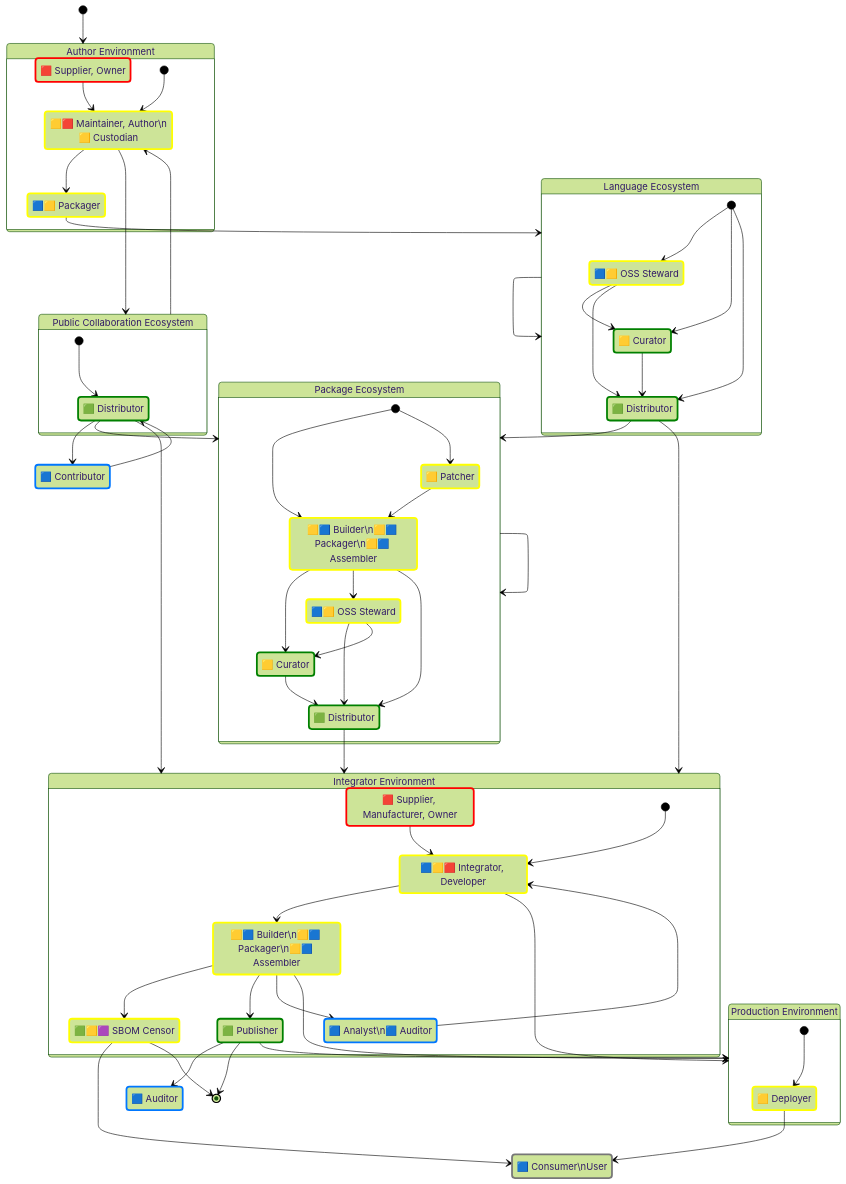
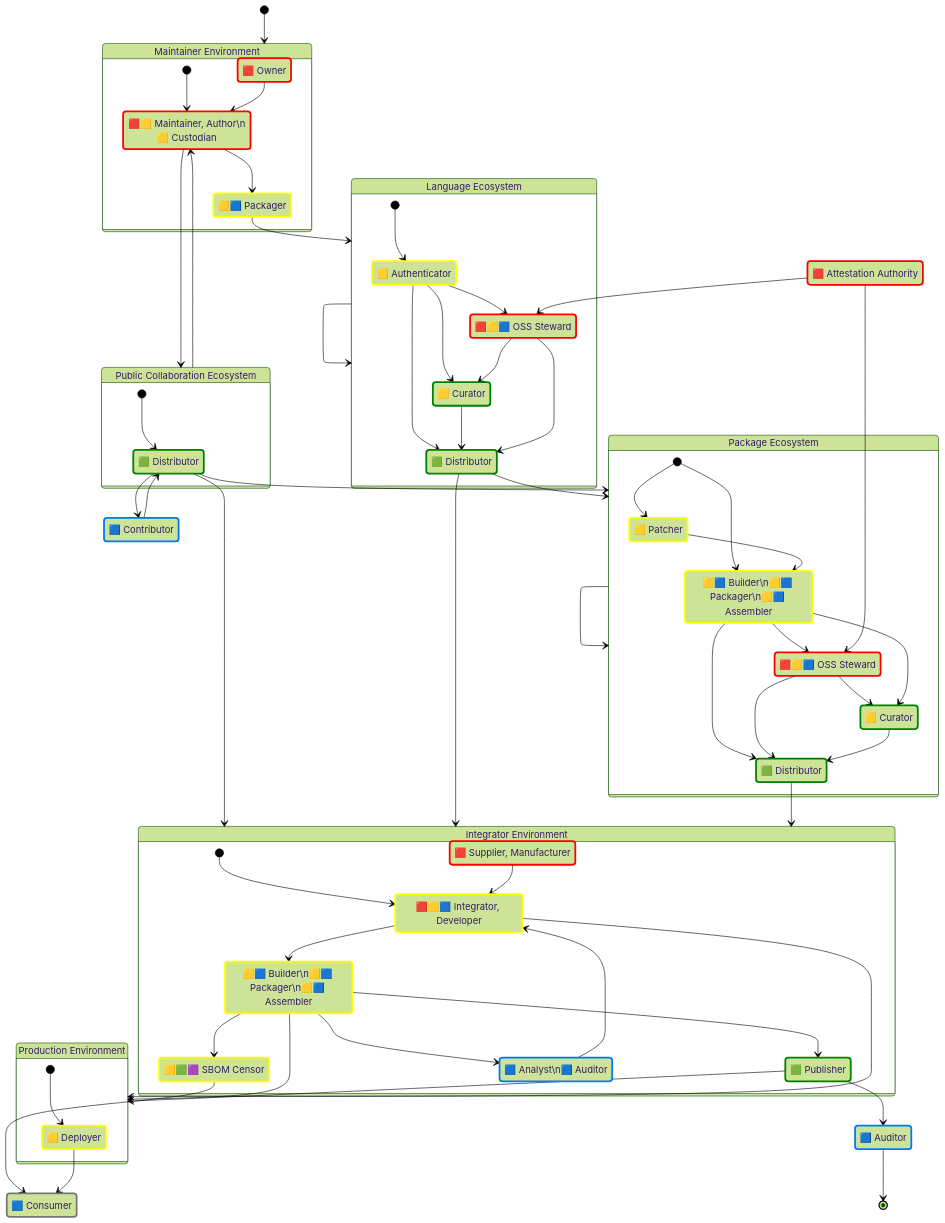
Before and after one commit to CPAN-Security/security.metacpan.org: the third of 3 diagrams in docs/supplychain-sbom.md, drawn with Mermaid (forest theme). The commit also changed other lines of this file, not shown here.

Commit message:
Update & cleanup of big graph with new fields
- Attestation Authority
- Language Ecosystem Authenticator
- Better location for OSS Steward
- Cleanup in end states

```diff
--- a/docs/supplychain-sbom.md
+++ b/docs/supplychain-sbom.md
@@ -157,32 +157,43 @@
     %%accDescr: This graph illustrates how different types of development environments and ecosystems interconnect, what kind of roles you may find in these, and what type of metadata operations they may care to do
 
     %%
-    %%state "🟦 Importer" as author_importer
-    state "🟥 Supplier, Owner" as author_owner
-    state "🟨🟥 Maintainer, Author\n🟨 Custodian" as author_maintainer
-    state "🟩 Distributor" as repository_distributor
+    %%state "🟦 Importer" as maintainer_importer
+    state "🟥 Owner" as maintainer_owner
+    state "🟥🟨 Maintainer, Author\n🟨 Custodian" as maintainer_author
+    state "🟨🟦 Packager" as language_packager
+
+    %%
+    state "🟥 Attestation Authority" as authority_attester
+
     %%state "🟦 Importer" as language_importer
-    state "🟦🟨 Packager" as language_packager
-    state "🟦🟨 OSS Steward" as language_steward
+    state "🟨 Authenticator" as language_authenticator
+    state "🟥🟨🟦 OSS Steward" as language_steward
     state "🟨 Curator" as language_curator
     state "🟩 Distributor" as language_distributor
+
+    %%
+    state "🟩 Distributor" as repository_distributor
     state "🟦 Contributor" as external_contributor
+
     %%state "🟦 Importer" as package_importer
     state "🟨 Patcher" as package_patcher
     state "🟨🟦 Builder\n🟨🟦 Packager\n🟨🟦 Assembler" as package_packager
-    state "🟦🟨 OSS Steward" as package_steward
+    state "🟥🟨🟦 OSS Steward" as package_steward
     state "🟨 Curator" as package_curator
     state "🟩 Distributor" as package_distributor
+
     %%state "🟦 Importer" as integrator_importer
-    state "🟥 Supplier, Manufacturer, Owner" as integrator_owner
-    state "🟦🟨🟥 Integrator, Developer" as integrator_developer
-    state "🟩🟨🟪 SBOM Censor" as integrator_censor
+    state "🟥 Supplier, Manufacturer" as integrator_owner
+    state "🟥🟨🟦 Integrator, Developer" as integrator_developer
+    state "🟨🟦 Builder\n🟨🟦 Packager\n🟨🟦 Assembler" as integrator_builder
+    state "🟨🟩🟪 SBOM Censor" as integrator_censor
     state "🟩 Publisher" as integrator_publisher
-    state "🟨🟦 Builder\n🟨🟦 Packager\n🟨🟦 Assembler" as integrator_builder
+    state "🟦 Analyst\n🟦 Auditor" as integrator_analyst
+
+    %%
     state "🟨 Deployer" as prod_deployer
-    state "🟦 Consumer\nUser" as external_consumer
-    state "🟦 Analyst\n🟦 Auditor" as integrator_analyst
-    state "🟦 Auditor" as external_auditor
+    state "🟦 Consumer" as external_consumer
+    state "🟦 Auditor" as authority_auditor
 
     %% 
     classDef createsSBOM stroke:red,stroke-width:3px;
@@ -194,21 +205,28 @@
     classDef ignoresSBOM stroke:#777,stroke-width:3px;
 
     %% 
-    %%class author_importer verifiesSBOM
-    class author_owner createsSBOM
-    class author_maintainer assemblesSBOM
+    %%class maintainer_importer verifiesSBOM
+    class maintainer_owner createsSBOM
+    class maintainer_author createsSBOM
+
+    %%
     class repository_distributor distributesSBOM
+    class external_contributor verifiesSBOM
+
     %%class language_importer verifiesSBOM
+    class language_authenticator updatesSBOM
     class language_packager assemblesSBOM
-    class language_steward updatesSBOM
+    class language_steward createsSBOM
     class language_curator distributesSBOM
     class language_distributor distributesSBOM
+
     %%class package_importer verifiesSBOM
     class package_patcher updatesSBOM
     class package_packager assemblesSBOM
-    class package_steward updatesSBOM
+    class package_steward createsSBOM
     class package_curator distributesSBOM
     class package_distributor distributesSBOM
+
     %%class integrator_importer verifiesSBOM
     class integrator_owner createsSBOM
     class integrator_developer assemblesSBOM
@@ -216,31 +234,38 @@
     class integrator_publisher distributesSBOM
     class integrator_builder assemblesSBOM
     class integrator_analyst verifiesSBOM
+
+    %%
     class prod_deployer assemblesSBOM
-    class external_auditor verifiesSBOM
-    class external_contributor verifiesSBOM
     class external_consumer ignoresSBOM
 
-    state "Author Environment" as environment_maintainer {
-        %%[*] --> author_importer
-        [*] --> author_maintainer
-        %%author_importer   --> author_maintainer
-        author_owner      --> author_maintainer
-        author_maintainer --> language_packager
+    %%
+    class authority_attester createsSBOM
+    class authority_auditor verifiesSBOM
+
+
+    %%
+    state "Maintainer Environment" as environment_maintainer {
+        [*] --> maintainer_author
+        %%[*] --> maintainer_importer
+        %%maintainer_importer   --> maintainer_author
+        maintainer_owner      --> maintainer_author
+        maintainer_author --> language_packager
     }
 
     [*] --> environment_maintainer
 
     state "Language Ecosystem" as ecosystem_lang {
+        [*] --> language_authenticator
         %%[*] --> language_importer
-        [*] --> language_steward
-        [*] --> language_curator
-        [*] --> language_distributor
+        language_authenticator --> language_distributor
+        language_authenticator --> language_steward
+        language_authenticator --> language_curator
         %%language_importer --> language_distributor
         %%language_importer --> language_curator
+        language_curator --> language_distributor
+        language_steward --> language_distributor
         language_steward --> language_curator
-        language_steward --> language_distributor
-        language_curator --> language_distributor
     }
 
     language_packager --> ecosystem_lang
@@ -250,11 +275,11 @@
         [*] --> repository_distributor
     }
 
-    author_maintainer --> ecosystem_repo
-    ecosystem_repo    --> author_maintainer
-
     repository_distributor --> external_contributor
     external_contributor   --> repository_distributor
+
+    maintainer_author --> ecosystem_repo
+    ecosystem_repo    --> maintainer_author
 
     state "Package Ecosystem" as ecosystem_package {
         %%[*] --> package_importer
@@ -263,17 +288,21 @@
         %%package_importer --> package_patcher
         %%package_importer --> package_packager
         package_patcher  --> package_packager
+        package_steward  --> package_curator
+        package_packager --> package_distributor
+        package_steward  --> package_distributor
         package_packager --> package_curator
-        package_steward  --> package_distributor
-        package_steward  --> package_curator
         package_packager --> package_steward 
-        package_packager --> package_distributor
         package_curator  --> package_distributor
     }
 
     repository_distributor --> ecosystem_package
     language_distributor   --> ecosystem_package
     ecosystem_package      --> ecosystem_package
+
+
+    authority_attester --> language_steward
+    authority_attester --> package_steward
 
     state "Integrator Environment" as environment_integrator {
         %%[*] --> integrator_importer
@@ -283,8 +312,8 @@
         integrator_builder   --> integrator_censor
         integrator_builder   --> integrator_publisher
         integrator_builder   --> integrator_analyst
+        integrator_developer --> integrator_builder
         integrator_analyst   --> integrator_developer
-        integrator_developer --> integrator_builder
     }
 
     repository_distributor --> environment_integrator
@@ -295,14 +324,15 @@
         [*] --> prod_deployer
     }
 
-    integrator_publisher --> external_auditor
+    authority_auditor    --> [*]
+    %%external_consumer    --> [*]
+    integrator_publisher --> authority_auditor
+    integrator_publisher --> environment_prod 
+    integrator_builder   --> environment_prod 
     integrator_developer --> environment_prod 
-    integrator_builder   --> environment_prod 
-    integrator_publisher --> environment_prod 
     integrator_censor    --> external_consumer
-    integrator_publisher --> [*]
-    integrator_censor    --> [*]
 
+    %%
     prod_deployer --> external_consumer
 
     %% Copyright © 2024 Salve J. Nilsen <sjn@oslo.pm>
```
